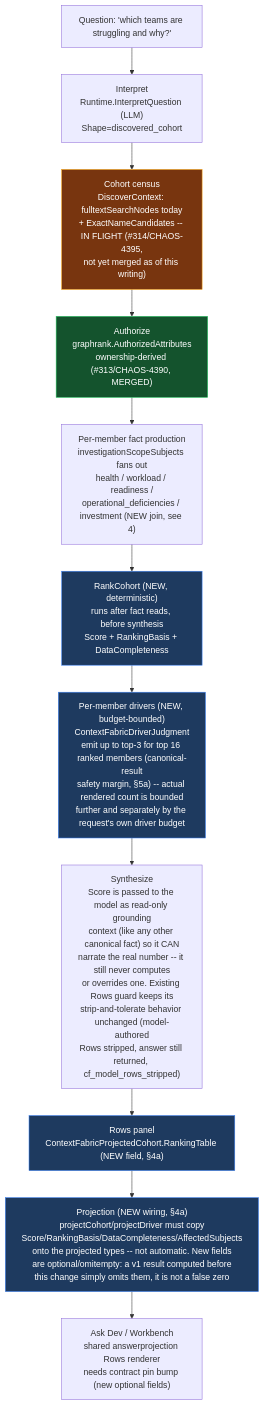
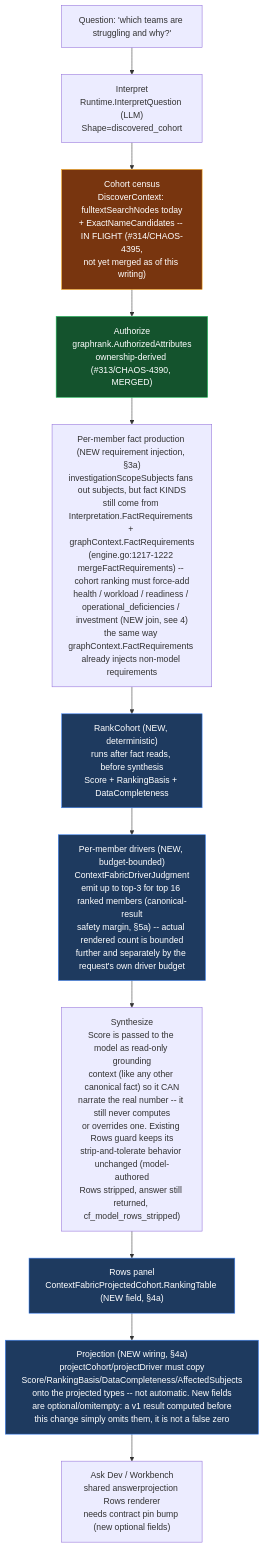
Before and after one commit to full-chaos/dev-health-acr: the first of 2 diagrams in docs/design/context-fabric-subject-model-and-cohort-answers.md, drawn with Mermaid. The commit also changed other lines of this file and 1 other file, not shown here.

Commit message:
docs: fix cohort design round 3 per codex (global driver budget, fact requirement injection, per-member availability, multi-scope aggregation, Rank vs AttentionRank, null-vs-omit encoding, census in-flight)

````diff
--- a/docs/design/context-fabric-subject-model-and-cohort-answers.md
+++ b/docs/design/context-fabric-subject-model-and-cohort-answers.md
@@ -99,20 +99,20 @@
 ```mermaid
 flowchart TD
   Q["Question: 'which teams are struggling and why?'"] --> INTERPRET["Interpret<br/>Runtime.InterpretQuestion (LLM)<br/>Shape=discovered_cohort"]
   INTERPRET --> CENSUS["Cohort census<br/>DiscoverContext: fulltextSearchNodes today<br/>+ ExactNameCandidates -- IN FLIGHT (#314/CHAOS-4395,<br/>not yet merged as of this writing)"]
   CENSUS --> AUTHZ["Authorize<br/>graphrank.AuthorizedAttributes<br/>ownership-derived (#313/CHAOS-4390, MERGED)"]
-  AUTHZ --> FACTS["Per-member fact production<br/>investigationScopeSubjects fans out<br/>health / workload / readiness /<br/>operational_deficiencies / investment (NEW join, see 4)"]
+  AUTHZ --> FACTS["Per-member fact production (NEW requirement injection, §3a)<br/>investigationScopeSubjects fans out subjects, but fact KINDS<br/>still come from Interpretation.FactRequirements + graphContext.FactRequirements<br/>(engine.go:1217-1222 mergeFactRequirements) -- cohort ranking must force-add<br/>health / workload / readiness / operational_deficiencies / investment (NEW join, see 4)<br/>the same way graphContext.FactRequirements already injects non-model requirements"]
   FACTS --> RANK["RankCohort (NEW, deterministic)<br/>runs after fact reads, before synthesis<br/>Score + RankingBasis + DataCompleteness"]
   RANK --> DRIVERS["Per-member drivers (NEW, budget-bounded)<br/>ContextFabricDriverJudgment<br/>emit up to top-3 for top 16 ranked members (canonical-result<br/>safety margin, §5a) -- actual rendered count is bounded<br/>further and separately by the request's own driver budget"]
   DRIVERS --> SYNTH["Synthesize<br/>Score is passed to the model as read-only grounding<br/>context (like any other canonical fact) so it CAN<br/>narrate the real number -- it still never computes<br/>or overrides one. Existing Rows guard keeps its<br/>strip-and-tolerate behavior unchanged (model-authored<br/>Rows stripped, answer still returned, cf_model_rows_stripped)"]
   SYNTH --> ROWS["Rows panel<br/>ContextFabricProjectedCohort.RankingTable (NEW field, §4a)"]
   ROWS --> PROJECT["Projection (NEW wiring, §4a)<br/>projectCohort/projectDriver must copy<br/>Score/RankingBasis/DataCompleteness/AffectedSubjects<br/>onto the projected types -- not automatic. New fields<br/>are optional/omitempty: a v1 result computed before<br/>this change simply omits them, it is not a false zero"]
   PROJECT --> ASKDEV["Ask Dev / Workbench<br/>shared answerprojection Rows renderer<br/>needs contract pin bump (new optional fields)"]
 
   classDef gap fill:#78350f,stroke:#f59e0b,color:#ffffff
   classDef fixed fill:#14532d,stroke:#22c55e,color:#ffffff
   classDef newnode fill:#1e3a5f,stroke:#3b82f6,color:#ffffff
   class CENSUS gap
   class AUTHZ fixed
   class RANK,DRIVERS,ROWS,PROJECT newnode
 ```
````
